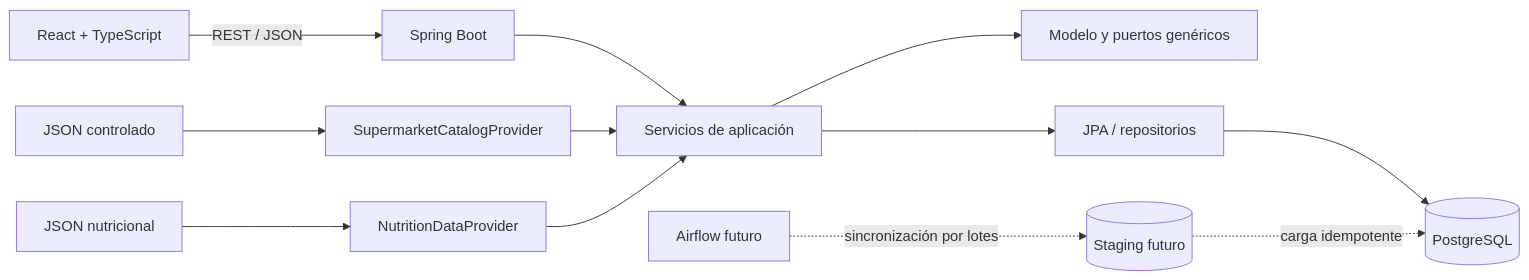
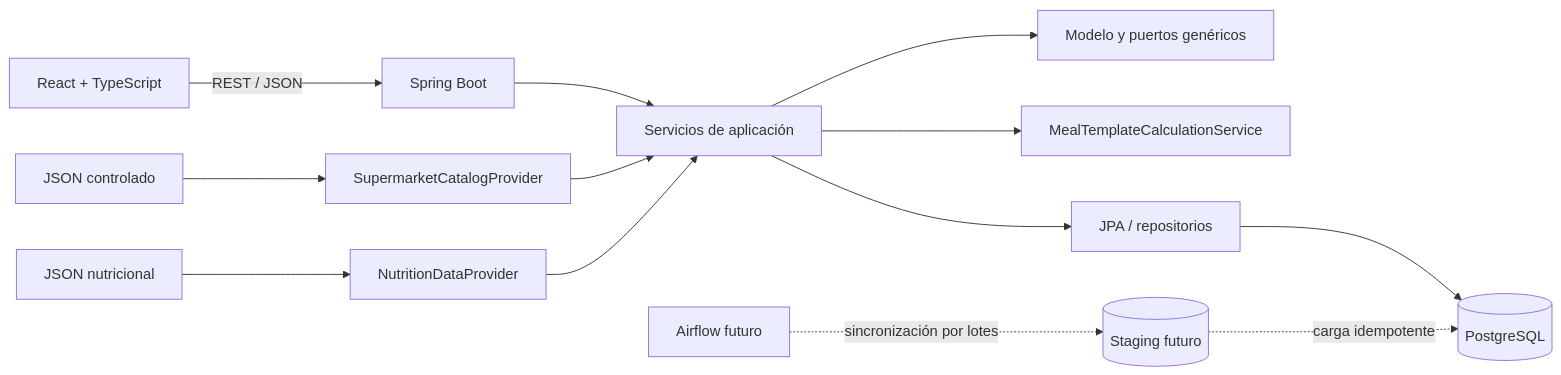
The first of 2 diagrams in docs/architecture.md (Xons001/supermarket-meal-planner), drawn with Mermaid before and after one commit. The commit also changed other lines of this file and 70 other files, not shown here.

````diff
--- a/docs/architecture.md
+++ b/docs/architecture.md
@@ -9,14 +9,15 @@
 ```mermaid
 flowchart LR
     Browser["React + TypeScript"] -->|REST / JSON| API["Spring Boot"]
     API --> Application["Servicios de aplicación"]
     Application --> Domain["Modelo y puertos genéricos"]
+    Application --> Calculator["MealTemplateCalculationService"]
     Application --> Persistence["JPA / repositorios"]
     Persistence --> PostgreSQL[(PostgreSQL)]
     LocalJson["JSON controlado"] --> CatalogProvider["SupermarketCatalogProvider"]
     LocalNutrition["JSON nutricional"] --> NutritionProvider["NutritionDataProvider"]
     CatalogProvider --> Application
     NutritionProvider --> Application
     Airflow["Airflow futuro"] -. sincronización por lotes .-> Staging[(Staging futuro)]
     Staging -. carga idempotente .-> PostgreSQL
 ```
````
